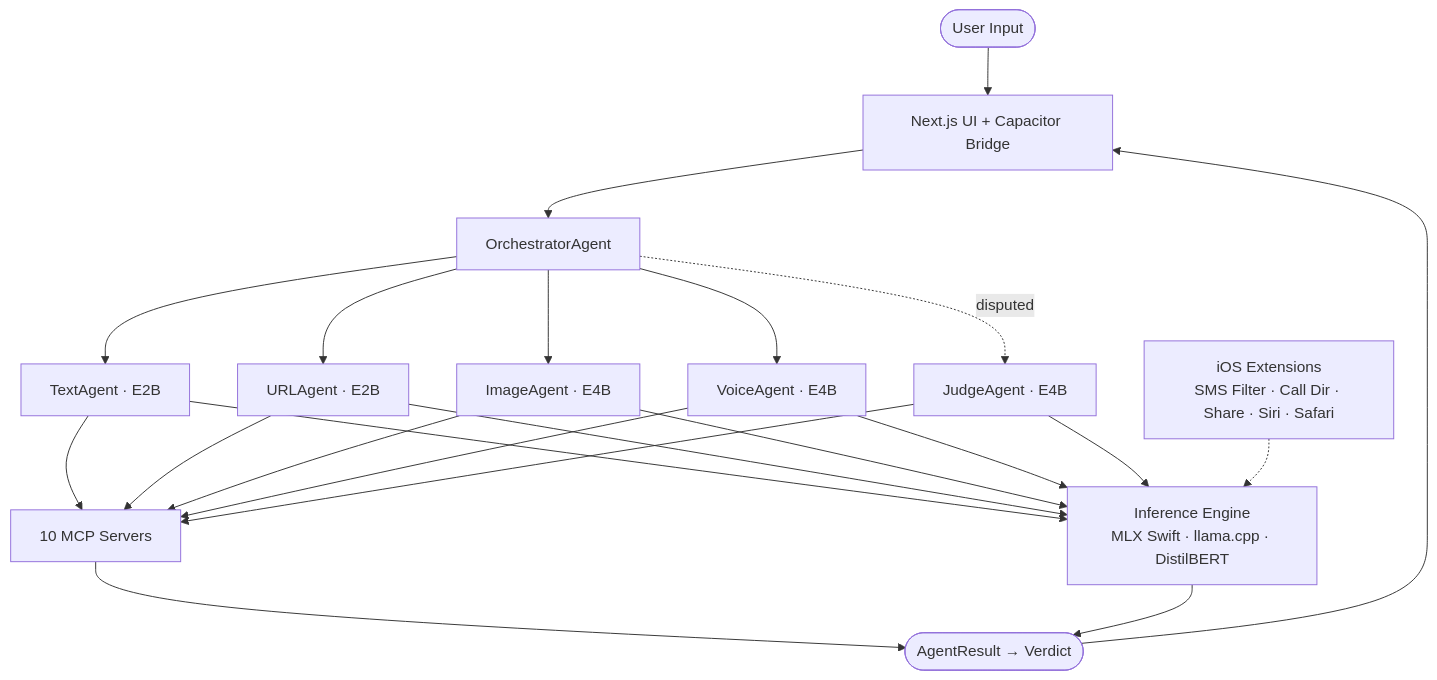
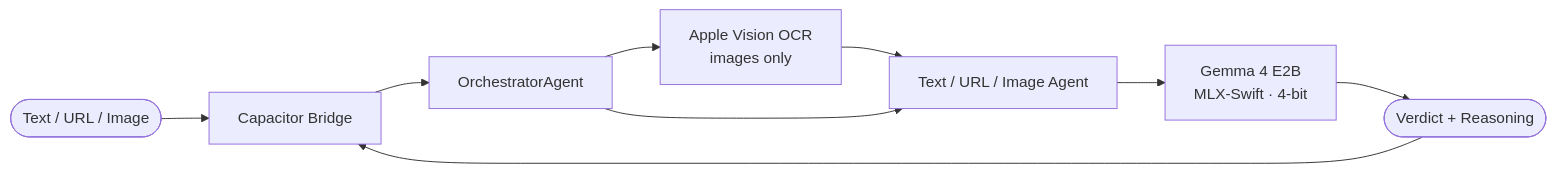
One commit to GemScan/GemScan changed the diagram in README.md. Above: the diagram before and after it, drawn with Mermaid. The commit also changed other lines of this file, not shown here.

````diff
--- a/README.md
+++ b/README.md
@@ -21,21 +71,11 @@
 ```mermaid
-flowchart TD
-    User([User Input])
-    User --> UI[Next.js UI + Capacitor Bridge]
-    UI --> Orch[OrchestratorAgent]
-
-    Orch --> Text[TextAgent · E2B]
-    Orch --> URL[URLAgent · E2B]
-    Orch --> Img[ImageAgent · E4B]
-    Orch --> Voice[VoiceAgent · E4B]
-    Orch -.->|disputed| Judge[JudgeAgent · E4B]
-
-    Text & URL & Img & Voice & Judge --> MCP[10 MCP Servers]
-    Text & URL & Img & Voice & Judge --> Inf[Inference Engine\nMLX Swift · llama.cpp · DistilBERT]
-
-    MCP --> Result([AgentResult → Verdict])
-    Inf --> Result
-    Result --> UI
-
-    Ext[iOS Extensions\nSMS Filter · Call Dir · Share · Siri · Safari] -.-> Inf
+flowchart LR
+    Input([Text / URL / Image]) --> Bridge[Capacitor Bridge]
+    Bridge --> Orch[OrchestratorAgent]
+    Orch --> OCR[Apple Vision OCR<br/>images only]
+    OCR --> Classify
+    Orch --> Classify[Text / URL / Image Agent]
+    Classify --> MLX[Gemma 4 E2B<br/>MLX-Swift · 4-bit]
+    MLX --> Verdict([Verdict + Reasoning])
+    Verdict --> Bridge
 ```
````
